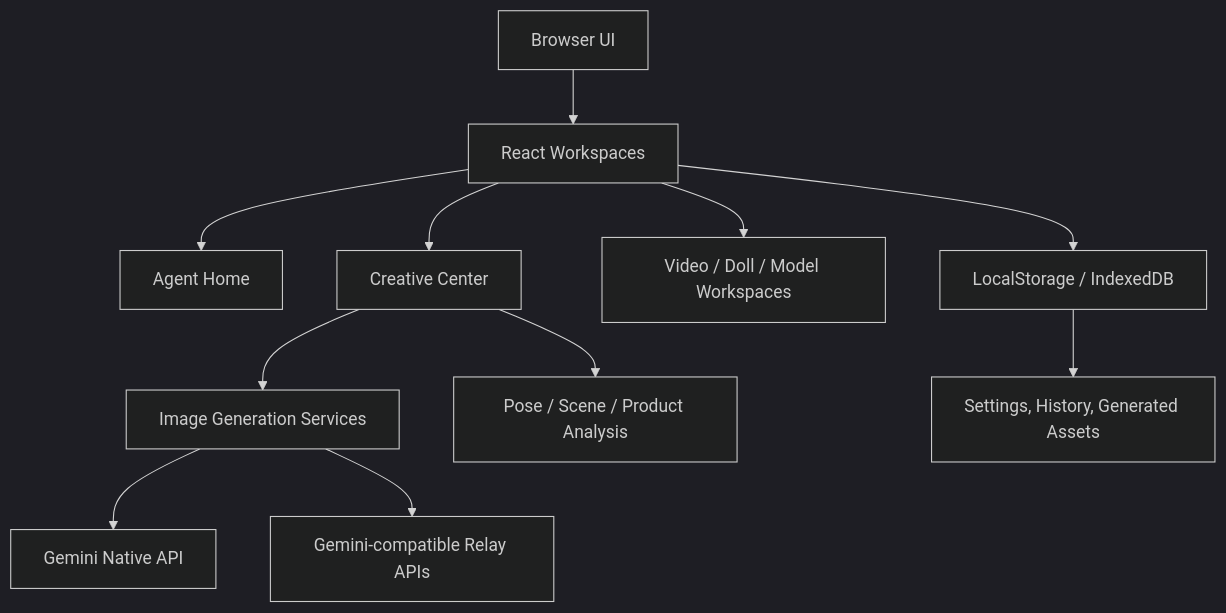
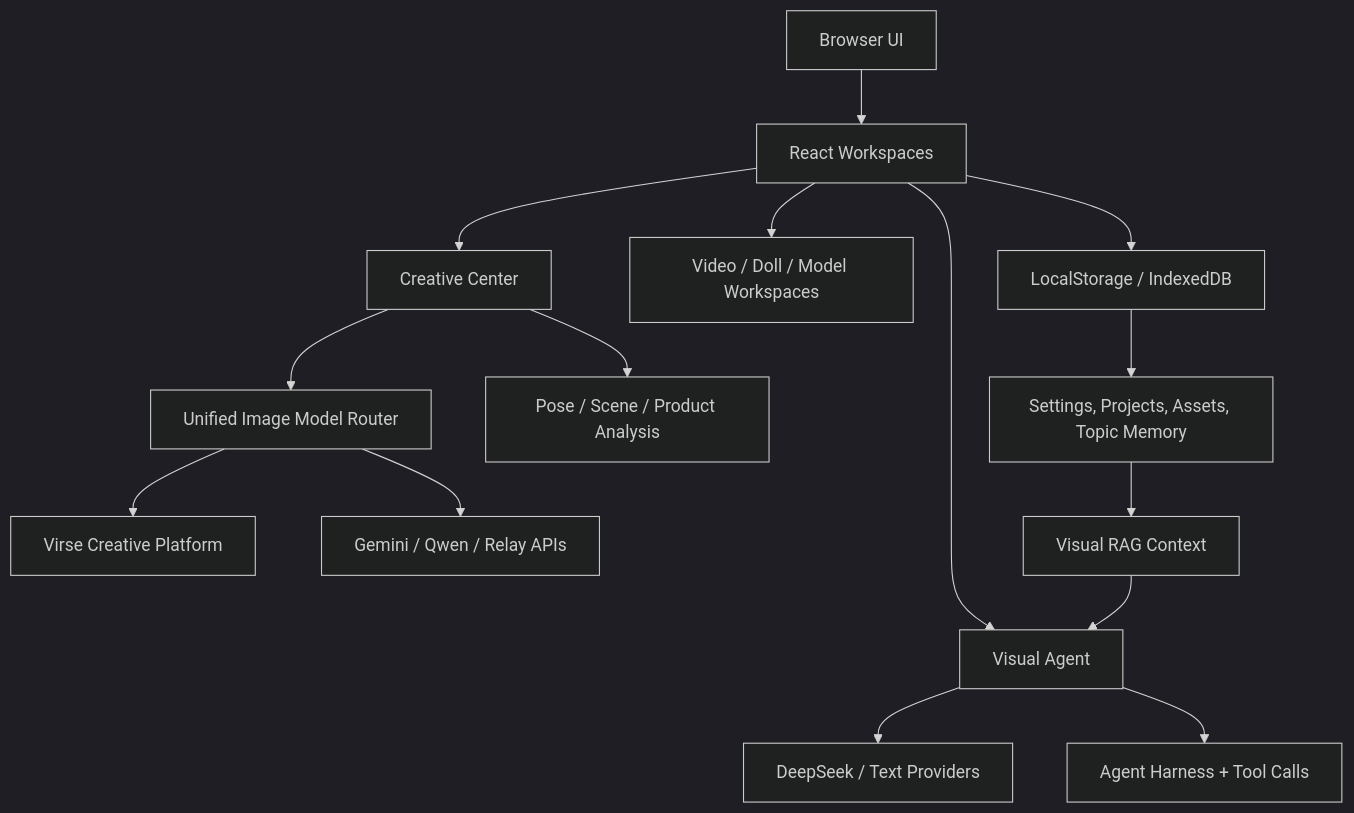
The diagram in README.md (xiaoche097/xc-studio-canvas), drawn with Mermaid (dark theme) before and after one commit. The commit also changed other lines of this file, not shown here.

````diff
--- a/README.md
+++ b/README.md
@@ -124,13 +189,17 @@
 ```mermaid
 flowchart TD
     A[Browser UI] --> B[React Workspaces]
-    B --> C[Agent Home]
+    B --> C[Visual Agent]
     B --> D[Creative Center]
     B --> E[Video / Doll / Model Workspaces]
-    D --> F[Image Generation Services]
-    D --> G[Pose / Scene / Product Analysis]
-    F --> H[Gemini Native API]
-    F --> I[Gemini-compatible Relay APIs]
-    B --> J[LocalStorage / IndexedDB]
-    J --> K[Settings, History, Generated Assets]
+    C --> F[DeepSeek / Text Providers]
+    C --> G[Agent Harness + Tool Calls]
+    D --> H[Unified Image Model Router]
+    D --> I[Pose / Scene / Product Analysis]
+    H --> J[Virse Creative Platform]
+    H --> K[Gemini / Qwen / Relay APIs]
+    B --> L[LocalStorage / IndexedDB]
+    L --> M[Settings, Projects, Assets, Topic Memory]
+    M --> N[Visual RAG Context]
+    N --> C
 ```
````
